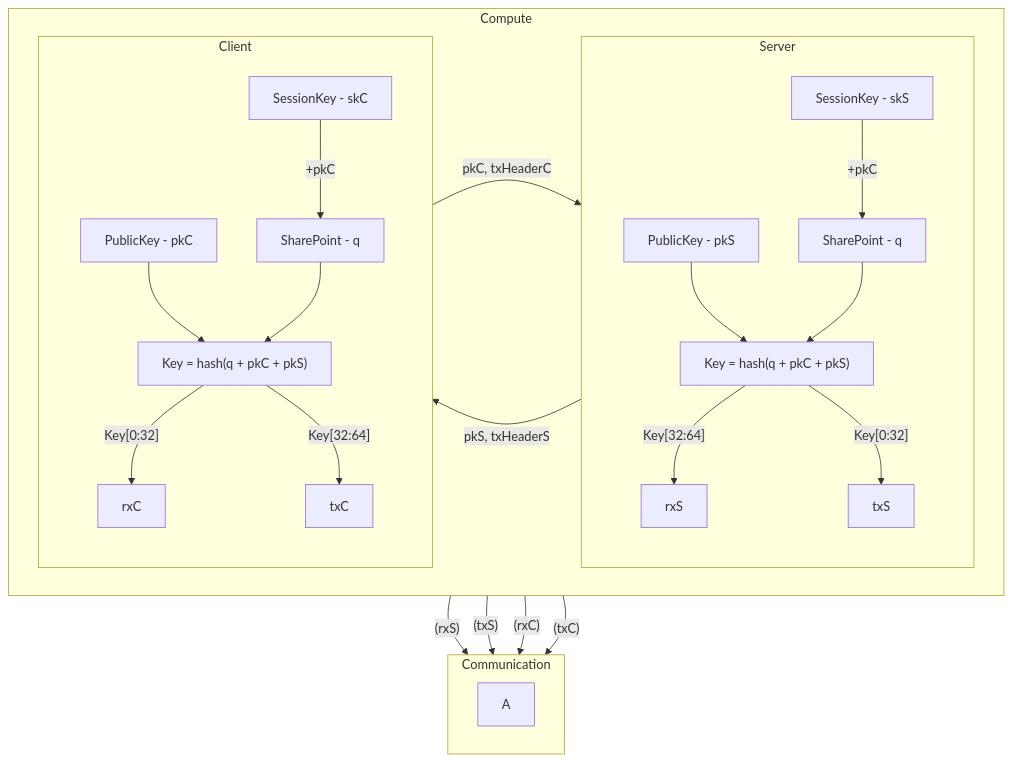
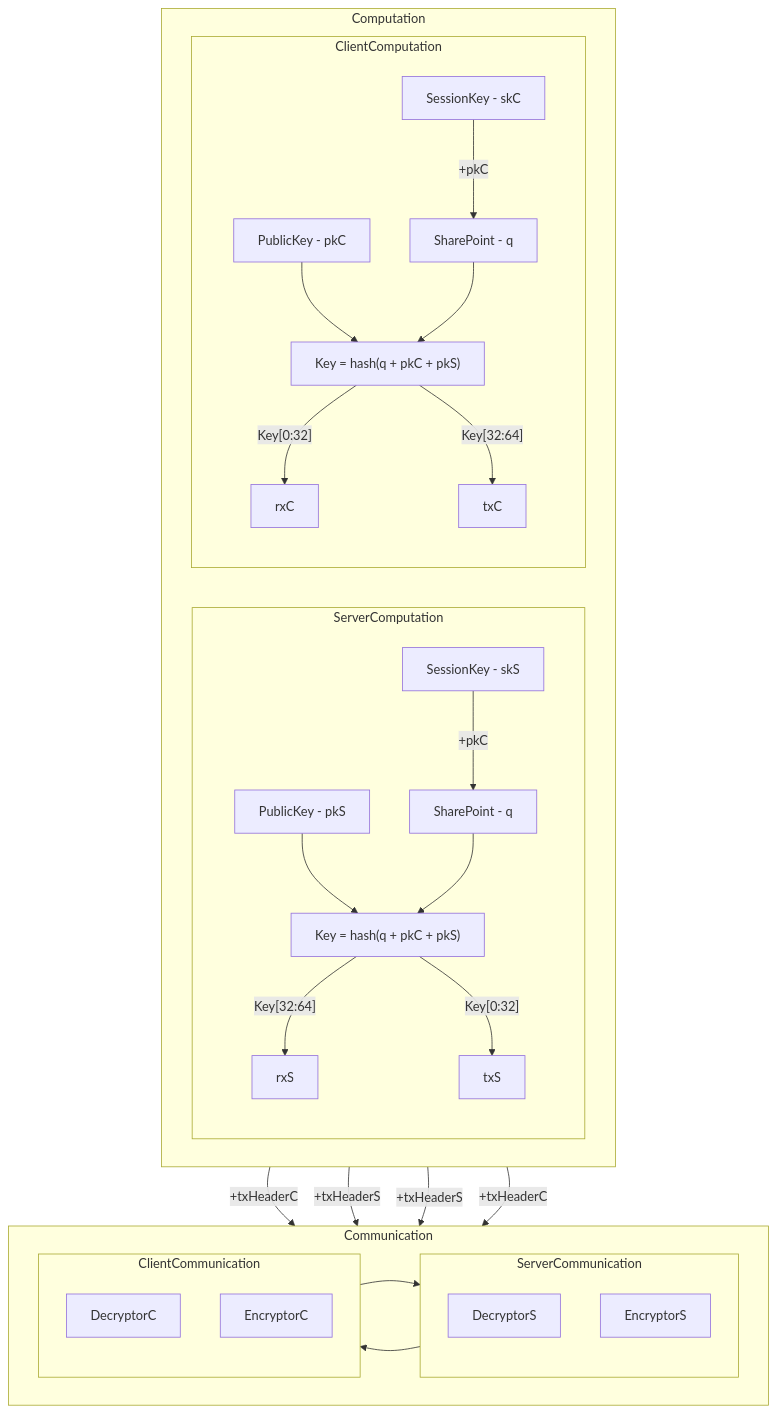
One commit to Alonza0314/SSL-TLS-OpenZiti-Encryption-Study changed the third of 3 diagrams in simulation/README.md. Above: the diagram before and after it, drawn with Mermaid. The commit also changed other lines of this file, not shown here.

Commit message:
update via git

````diff
--- a/simulation/README.md
+++ b/simulation/README.md
@@ -20,37 +30,52 @@
 ```mermaid
 graph TB
-    subgraph Compute
+    subgraph Computation
         direction LR
 
-        subgraph Server
+        subgraph ServerComputation
             direction TB
+            
             SA[SessionKey - skS] -->|+pkC| SC[SharePoint - q]
             SB[PublicKey - pkS] --> SD["Key = hash(q + pkC + pkS)"]
             SC --> SD
             SD -->|"Key[32:64]"| SE[rxS]
             SD -->|"Key[0:32]"| SF[txS]
         end
 
-        subgraph Client
+        subgraph ClientComputation
             direction TB
+            
             CA[SessionKey - skC] -->|+pkC| CC[SharePoint - q]
             CB[PublicKey - pkC] --> CD["Key = hash(q + pkC + pkS)"]
             CC --> CD
             CD -->|"Key[0:32]"| CE[rxC]
             CD -->|"Key[32:64]"| CF[txC]
         end
-
-        Server -->|pkS, txHeaderS| Client
-        Client -->|pkC, txHeaderC| Server
     end
 
     subgraph Communication
         direction LR
-        A
+
+        subgraph ServerCommunication
+            direction TB
+            A[DecryptorS]
+            B[EncryptorS]
+        end
+
+        subgraph ClientCommunication
+            direction TB
+            C[DecryptorC]
+            D[EncryptorC]
+        end
+
+        B --> C
+        D --> A
     end
 
-    SE --> |"(rxS)"| Communication
-    SF --> |"(txS)"| Communication
-    CE --> |"(rxC)"| Communication
-    CF --> |"(txC)"| Communication
+
+
+    SE -->|+txHeaderC| A
+    SF -->|+txHeaderS| B
+    CE -->|+txHeaderS| C
+    CF -->|+txHeaderC| D
 ```
````
